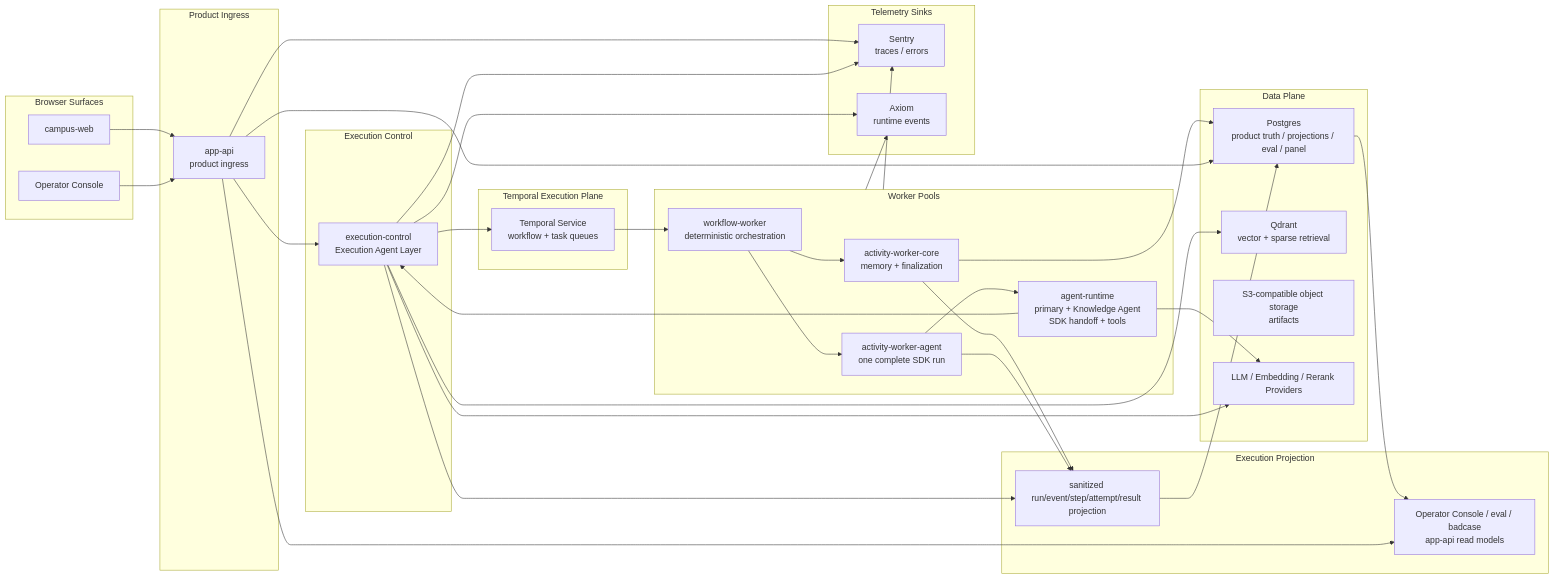
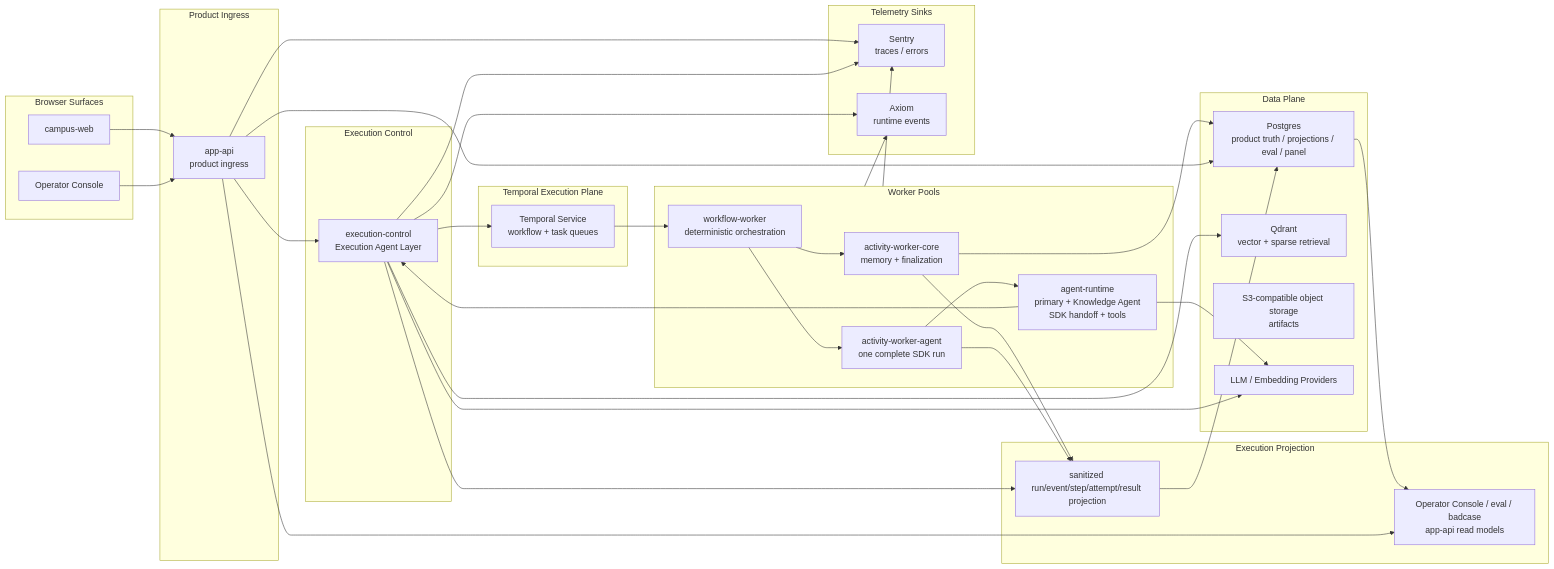
Before and after one commit to Luxfeier22331/campus-agent-main: the diagram in docs/architecture/target.md, drawn with Mermaid. The commit also changed other lines of this file and 885 other files, not shown here.

````diff
--- a/docs/architecture/target.md
+++ b/docs/architecture/target.md
@@ -104,72 +104,72 @@
 ```mermaid
 flowchart LR
   subgraph Client["Browser Surfaces"]
     Campus["campus-web"]
     Panel["Operator Console"]
   end
 
   subgraph ProductIngress["Product Ingress"]
     AppAPI["app-api\nproduct ingress"]
   end
 
   subgraph ExecutionIngress["Execution Control"]
     Gateway["execution-control\nExecution Agent Layer"]
   end
 
   subgraph TemporalPlane["Temporal Execution Plane"]
     Temporal["Temporal Service\nworkflow + task queues"]
   end
 
   subgraph Workers["Worker Pools"]
     Workflow["workflow-worker\ndeterministic orchestration"]
     Core["activity-worker-core\nmemory + finalization"]
     AgentWorker["activity-worker-agent\none complete SDK run"]
     AgentRuntime["agent-runtime\nprimary + Knowledge Agent\nSDK handoff + tools"]
   end
 
   subgraph DataPlane["Data Plane"]
     PG["Postgres\nproduct truth / projections / eval / panel"]
     Qdrant["Qdrant\nvector + sparse retrieval"]
     ObjectStore["S3-compatible object storage\nartifacts"]
-    Provider["LLM / Embedding / Rerank Providers"]
+    Provider["LLM / Embedding Providers"]
   end
 
   subgraph ExecutionProjection["Execution Projection"]
     Projection["sanitized run/event/step/attempt/result projection"]
     PanelOps["Operator Console / eval / badcase\napp-api read models"]
   end
 
   subgraph TelemetrySinks["Telemetry Sinks"]
     Sentry["Sentry\ntraces / errors"]
     Axiom["Axiom\nruntime events"]
   end
 
   Campus --> AppAPI
   Panel --> AppAPI
 
   AppAPI --> Gateway
   Gateway --> Temporal
   Temporal --> Workflow
   Workflow --> Core
   Workflow --> AgentWorker
   AgentWorker --> AgentRuntime
   AgentRuntime --> Gateway
   AgentRuntime --> Provider
   Gateway --> Qdrant
   Gateway --> Provider
   Core --> PG
 
   Gateway --> Projection
   Core --> Projection
   AgentWorker --> Projection
   Projection --> PG
   AppAPI --> PG
   PG --> PanelOps
   AppAPI --> PanelOps
 
   AppAPI --> Sentry
   Gateway --> Sentry
   Workers --> Sentry
   Workers --> Axiom
   Gateway --> Axiom
 ```
````
